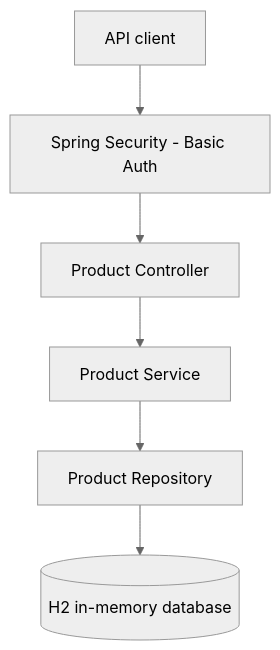
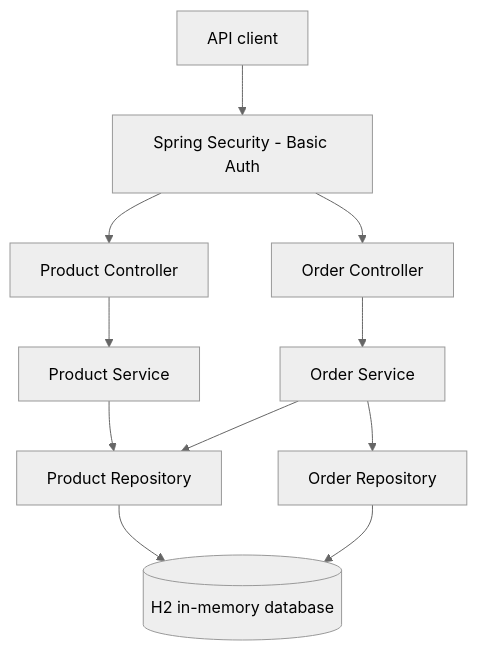
The first of 2 diagrams in README.md (viljoencor/order-management-microservice), drawn with Mermaid (neutral theme) before and after one commit. The commit also changed other lines of this file and 14 other files, not shown here.

````diff
--- a/README.md
+++ b/README.md
@@ -38,8 +38,13 @@
 ```mermaid
 flowchart TD
     Client[API client] --> Security[Spring Security - Basic Auth]
-    Security --> Controller[Product Controller]
-    Controller --> Service[Product Service]
-    Service --> Repository[Product Repository]
-    Repository --> H2[(H2 in-memory database)]
+    Security --> PC[Product Controller]
+    Security --> OC[Order Controller]
+    PC --> PS[Product Service]
+    OC --> OS[Order Service]
+    PS --> PR[Product Repository]
+    OS --> PR
+    OS --> OR[Order Repository]
+    PR --> H2[(H2 in-memory database)]
+    OR --> H2
 ```
````
